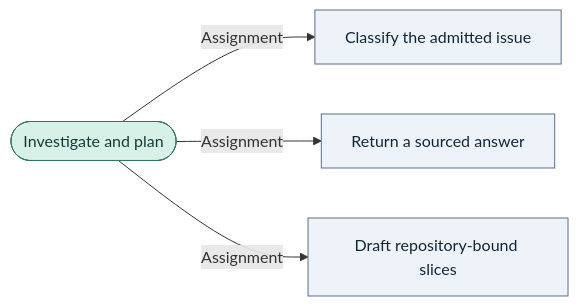
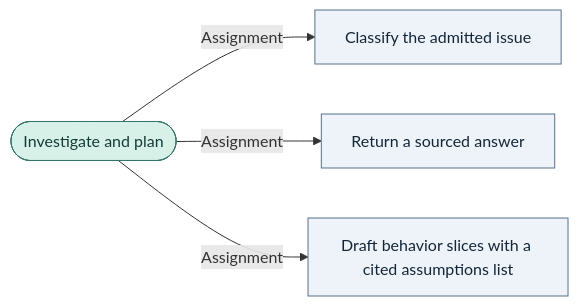
One commit to bookout-labs/tools changed the diagram in docs/graph/blueprint/views/workers/coordinator.mmd. Above: the diagram before and after it, drawn with Mermaid. The commit also changed 40 other files, not shown here.

```diff
--- a/docs/graph/blueprint/views/workers/coordinator.mmd
+++ b/docs/graph/blueprint/views/workers/coordinator.mmd
@@ -1,13 +1,13 @@
 flowchart LR
     n0(["Investigate and plan"]):::worker
     n1["Classify the admitted issue"]:::step
     n2["Return a sourced answer"]:::step
-    n3["Draft repository-bound slices"]:::step
+    n3["Draft behavior slices with a cited assumptions list"]:::step
     n0 -->|"Assignment"| n1
     n0 -->|"Assignment"| n2
     n0 -->|"Assignment"| n3
     classDef stage fill:#dcebf8,stroke:#315675,color:#10283b
     classDef step fill:#edf3f8,stroke:#597187,color:#132638
     classDef worker fill:#d7f0e8,stroke:#357369,color:#133c36
     classDef gate fill:#fff0c9,stroke:#89641f,color:#3f2b0b
     classDef terminal fill:#f0f0f0,stroke:#666666,color:#202020
```
